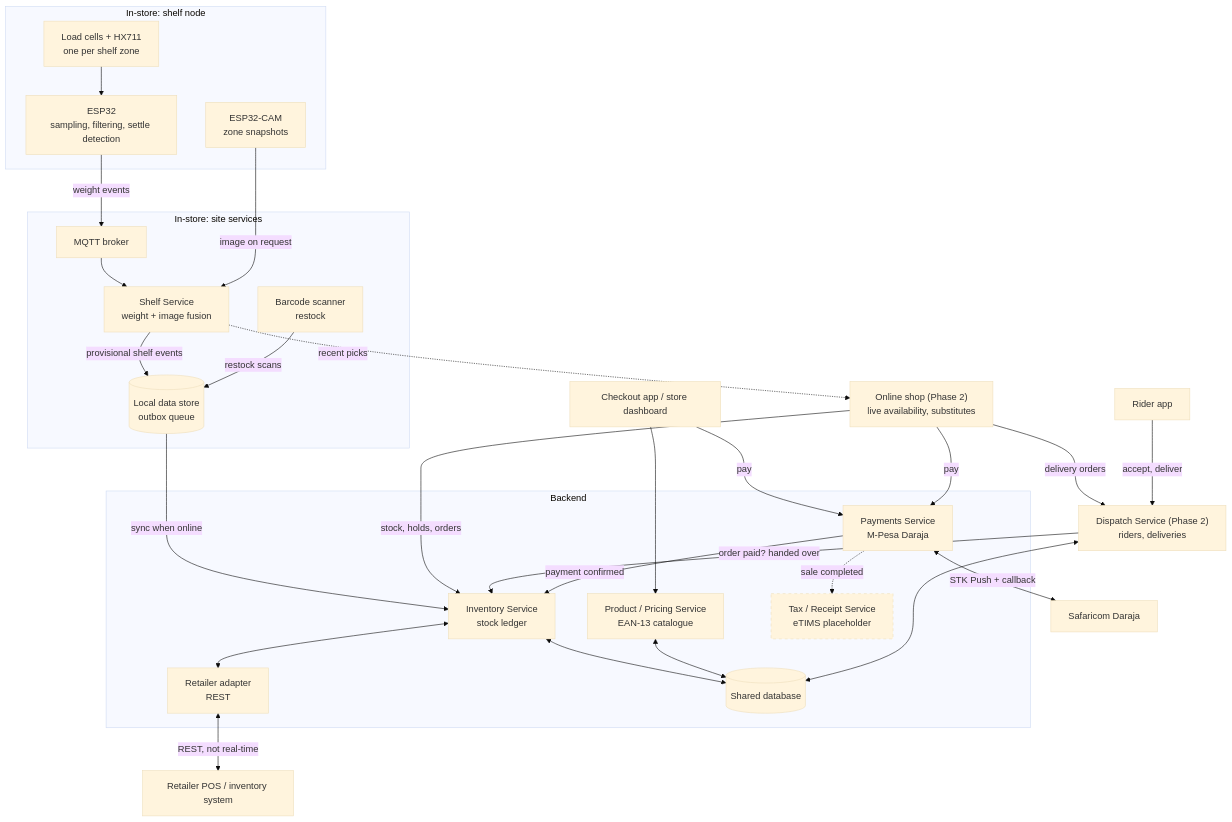
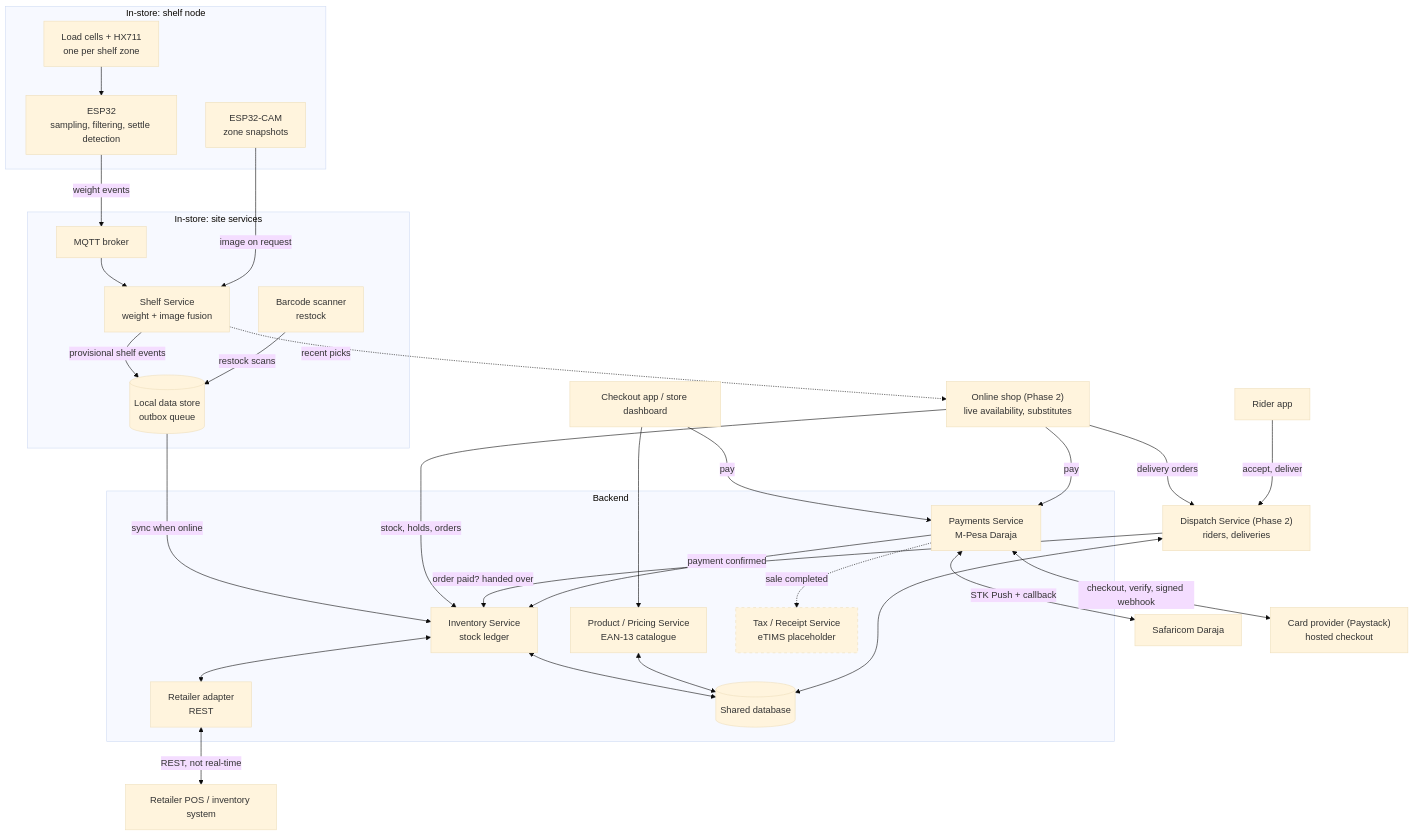
Before and after one commit to ako5117/smart_shopping: the first of 3 diagrams in docs/architecture.md, drawn with Mermaid (base theme). The commit also changed 9 other files, not shown here.

````diff
--- a/docs/architecture.md
+++ b/docs/architecture.md
@@ -5,57 +5,59 @@
 ```mermaid
 graph TD
     subgraph Shelf["In-store: shelf node"]
         LC["Load cells + HX711<br/>one per shelf zone"]
         ESP["ESP32<br/>sampling, filtering, settle detection"]
         CAM["ESP32-CAM<br/>zone snapshots"]
         LC --> ESP
     end
 
     subgraph Site["In-store: site services"]
         MQ["MQTT broker"]
         SS["Shelf Service<br/>weight + image fusion"]
         LS[("Local data store<br/>outbox queue")]
         BR["Barcode scanner<br/>restock"]
     end
 
     subgraph Cloud["Backend"]
         INV["Inventory Service<br/>stock ledger"]
         PP["Product / Pricing Service<br/>EAN-13 catalogue"]
         PAY["Payments Service<br/>M-Pesa Daraja"]
         TAX["Tax / Receipt Service<br/>eTIMS placeholder"]
         ADP["Retailer adapter<br/>REST"]
         DB[("Shared database")]
     end
 
     POS["Retailer POS / inventory system"]
     APP["Checkout app / store dashboard"]
     WEB["Online shop (Phase 2)<br/>live availability, substitutes"]
     DIS["Dispatch Service (Phase 2)<br/>riders, deliveries"]
     RID["Rider app"]
     DAR["Safaricom Daraja"]
+    CARD["Card provider (Paystack)<br/>hosted checkout"]
 
     ESP -->|weight events| MQ
     MQ --> SS
     CAM -->|image on request| SS
     SS -->|provisional shelf events| LS
     BR -->|restock scans| LS
     LS -->|sync when online| INV
     INV <--> DB
     PP <--> DB
     APP --> PP
     APP -->|pay| PAY
     WEB -->|stock, holds, orders| INV
     SS -.->|recent picks| WEB
     WEB -->|pay| PAY
     WEB -->|delivery orders| DIS
     RID -->|accept, deliver| DIS
     DIS -->|order paid? handed over| INV
     DIS <--> DB
     PAY <-->|STK Push + callback| DAR
+    PAY <-->|checkout, verify, signed webhook| CARD
     PAY -->|payment confirmed| INV
     PAY -.->|sale completed| TAX
     INV <--> ADP
     ADP <-->|REST, not real-time| POS
 
     style TAX stroke-dasharray: 5 5
 ```
````
